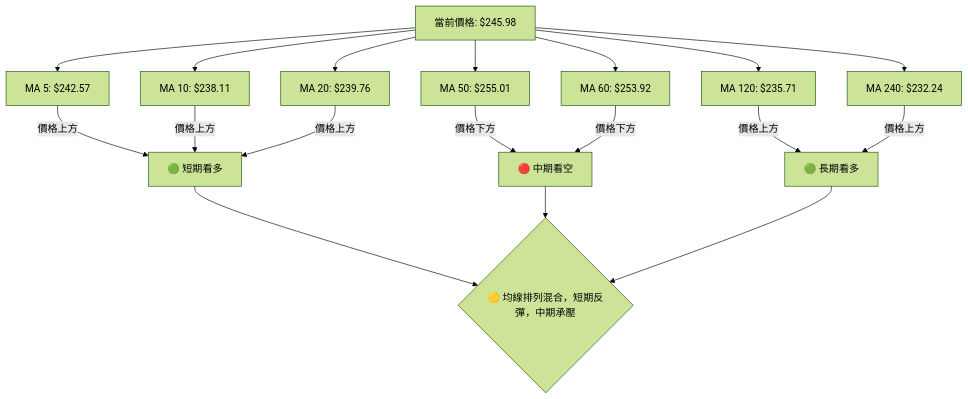
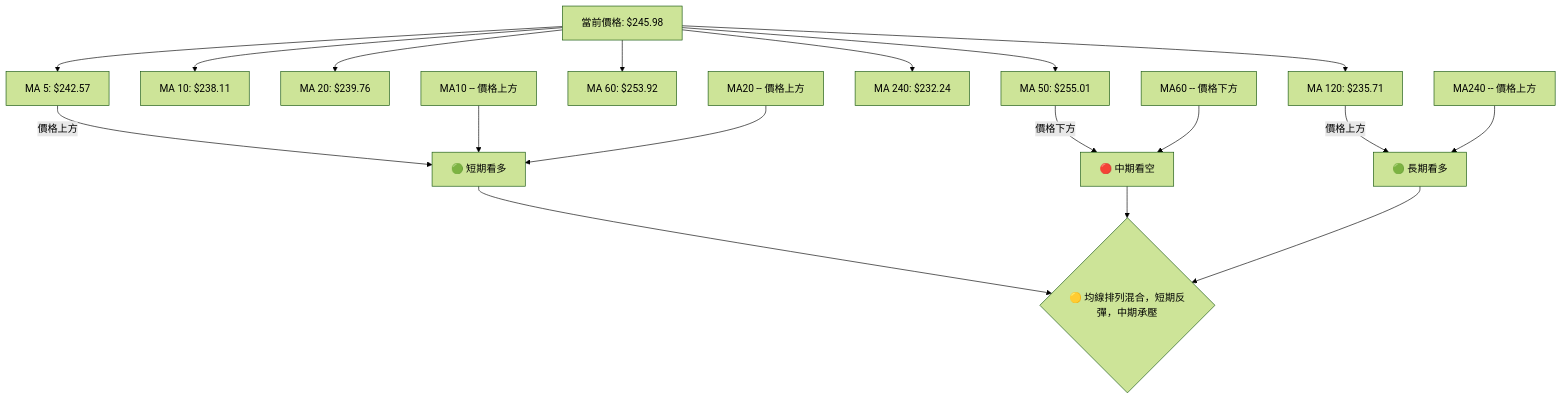
Before and after one commit to yennanliu/finance_data: the sixth of 10 diagrams in ai_gen_report/stock/amzn/technical_analysis_2026-07-07_gemini.md, drawn with Mermaid (forest theme). The commit also changed other lines of this file and 2258 other files, not shown here.

First line of the commit message:
chore: backfill Mermaid syntax repair across existing reports

````diff
--- a/ai_gen_report/stock/amzn/technical_analysis_2026-07-07_gemini.md
+++ b/ai_gen_report/stock/amzn/technical_analysis_2026-07-07_gemini.md
@@ -403,24 +403,24 @@
 ```mermaid
 graph TD
-    P[當前價格: $245.98]
+    P["當前價格: $245.98"]
 
-    P --> MA5[MA 5: $242.57]
-    P --> MA10[MA 10: $238.11]
-    P --> MA20[MA 20: $239.76]
-    P --> MA50[MA 50: $255.01]
-    P --> MA60[MA 60: $253.92]
-    P --> MA120[MA 120: $235.71]
-    P --> MA240[MA 240: $232.24]
+    P --> MA5["MA 5: $242.57"]
+    P --> MA10["MA 10: $238.11"]
+    P --> MA20["MA 20: $239.76"]
+    P --> MA50["MA 50: $255.01"]
+    P --> MA60["MA 60: $253.92"]
+    P --> MA120["MA 120: $235.71"]
+    P --> MA240["MA 240: $232.24"]
 
-    MA5 -- 價格上方 --> BullishShort[🟢 短期看多]
-    MA10 -- 價格上方 --> BullishShort
-    MA20 -- 價格上方 --> BullishShort
+    MA5 -- 價格上方 --> BullishShort["🟢 短期看多"]
+    nb1["MA10 -- 價格上方"] --> BullishShort
+    nb2["MA20 -- 價格上方"] --> BullishShort
 
-    MA50 -- 價格下方 --> BearishMid[🔴 中期看空]
-    MA60 -- 價格下方 --> BearishMid
+    MA50 -- 價格下方 --> BearishMid["🔴 中期看空"]
+    nb3["MA60 -- 價格下方"] --> BearishMid
 
-    MA120 -- 價格上方 --> BullishLong[🟢 長期看多]
-    MA240 -- 價格上方 --> BullishLong
+    MA120 -- 價格上方 --> BullishLong["🟢 長期看多"]
+    nb4["MA240 -- 價格上方"] --> BullishLong
 
-    BullishShort & BearishMid & BullishLong --> MixedSignal{🟡 均線排列混合，短期反彈，中期承壓}
+    BullishShort & BearishMid & BullishLong --> MixedSignal{"🟡 均線排列混合，短期反彈，中期承壓"}
 ```
````
